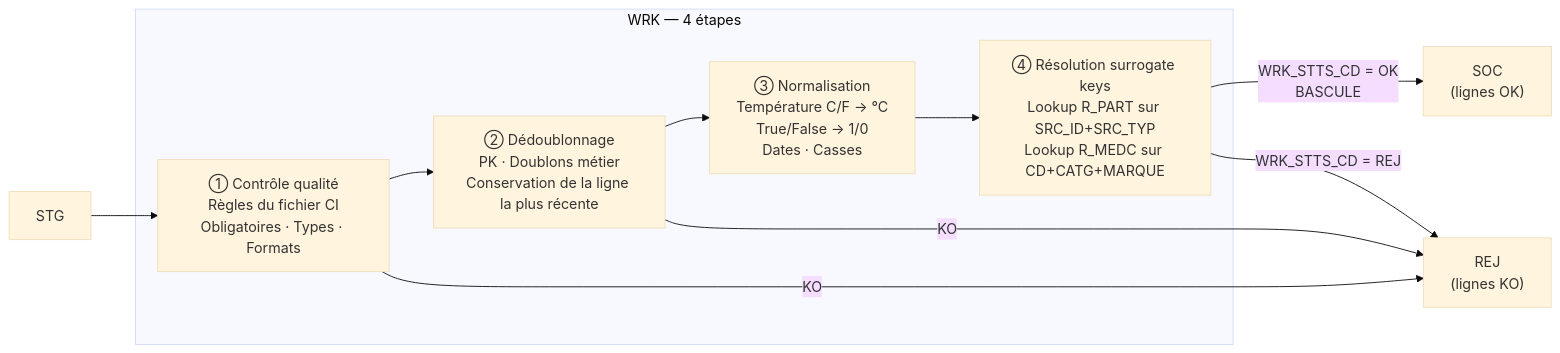
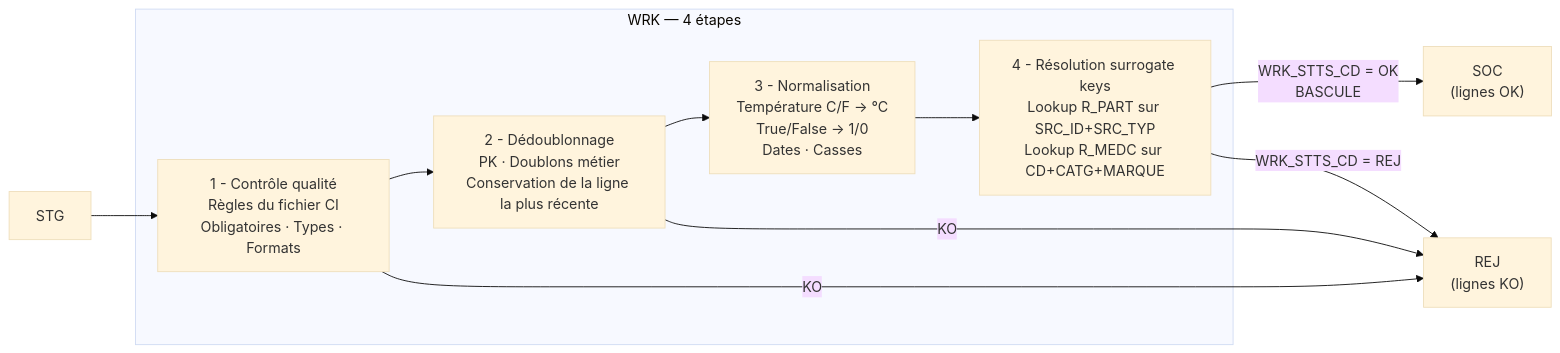
Before and after one commit to Pierrafrom/bi-platform: the diagram in docs/03-wrk.md, drawn with Mermaid (base theme). The commit also changed other lines of this file and 4 other files, not shown here.

````diff
--- a/docs/03-wrk.md
+++ b/docs/03-wrk.md
@@ -16,21 +16,21 @@
 ```mermaid
 flowchart LR
     STG["STG"]
 
     subgraph WRK["WRK — 4 étapes"]
-        E1["① Contrôle qualité\nRègles du fichier CI\nObligatoires · Types · Formats"]
-        E2["② Dédoublonnage\nPK · Doublons métier\nConservation de la ligne la plus récente"]
-        E3["③ Normalisation\nTempérature C/F → °C\nTrue/False → 1/0\nDates · Casses"]
-        E4["④ Résolution surrogate keys\nLookup R_PART sur SRC_ID+SRC_TYP\nLookup R_MEDC sur CD+CATG+MARQUE"]
+        E1["1 - Contrôle qualité\nRègles du fichier CI\nObligatoires · Types · Formats"]
+        E2["2 - Dédoublonnage\nPK · Doublons métier\nConservation de la ligne la plus récente"]
+        E3["3 - Normalisation\nTempérature C/F → °C\nTrue/False → 1/0\nDates · Casses"]
+        E4["4 - Résolution surrogate keys\nLookup R_PART sur SRC_ID+SRC_TYP\nLookup R_MEDC sur CD+CATG+MARQUE"]
         E1 --> E2 --> E3 --> E4
     end
 
     REJ["REJ\n(lignes KO)"]
     SOC["SOC\n(lignes OK)"]
 
     STG --> E1
     E1 -->|"KO"| REJ
     E2 -->|"KO"| REJ
     E4 -->|"WRK_STTS_CD = OK\nBASCULE"| SOC
     E4 -->|"WRK_STTS_CD = REJ"| REJ
 ```
````
